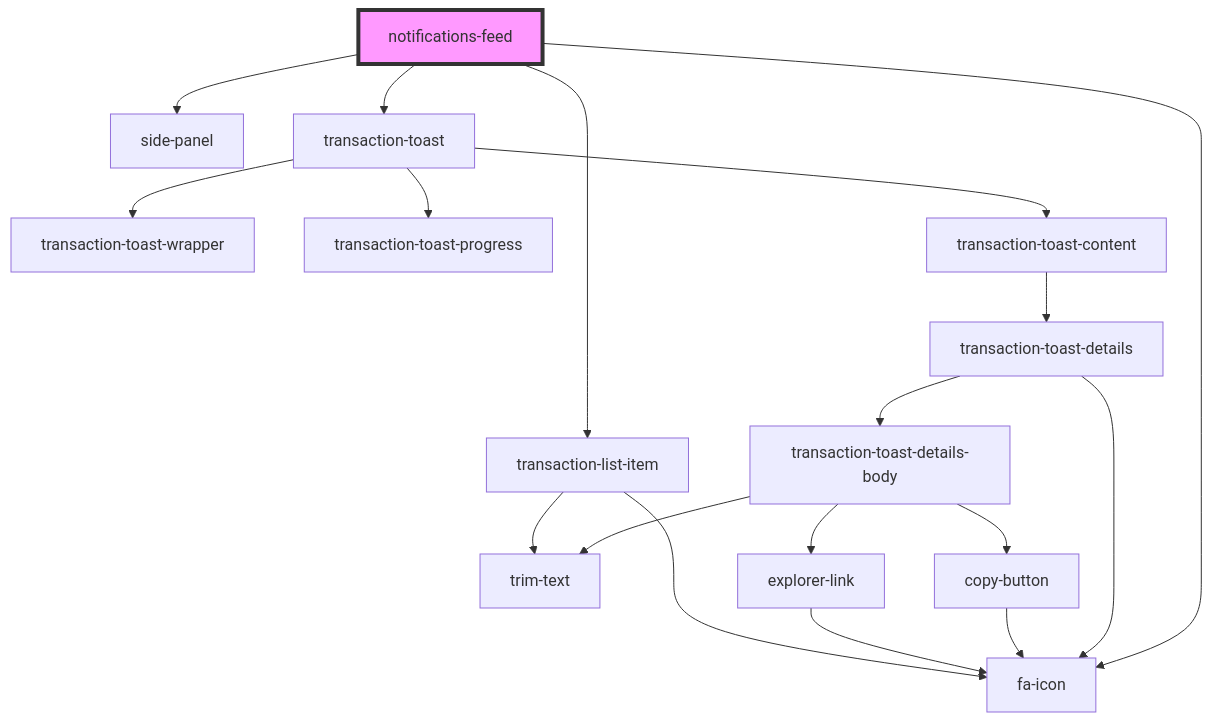
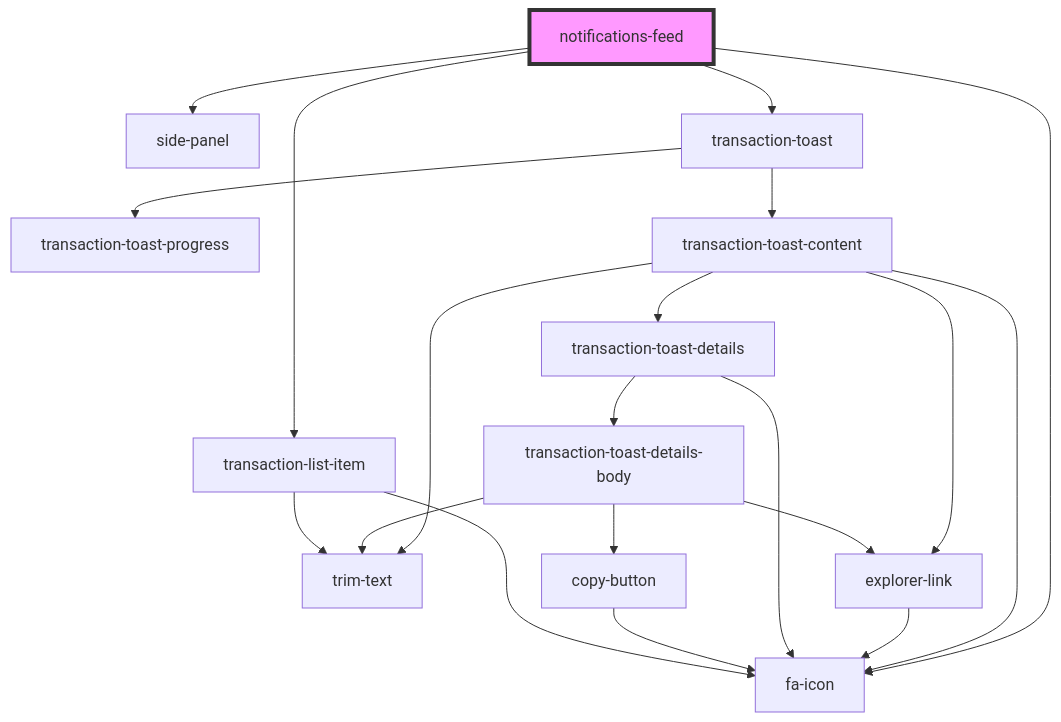
The diagram in src/components/functional/notifications-feed/readme.md (multiversx/mx-sdk-dapp-ui), drawn with Mermaid before and after one commit. The commit also changed 62 other files, not shown here.

````diff
--- a/src/components/functional/notifications-feed/readme.md
+++ b/src/components/functional/notifications-feed/readme.md
@@ -31,21 +31,23 @@
 ```mermaid
 graph TD;
   notifications-feed --> side-panel
   notifications-feed --> fa-icon
   notifications-feed --> transaction-toast
   notifications-feed --> transaction-list-item
-  transaction-toast --> transaction-toast-wrapper
   transaction-toast --> transaction-toast-progress
   transaction-toast --> transaction-toast-content
+  transaction-toast-content --> fa-icon
+  transaction-toast-content --> trim-text
+  transaction-toast-content --> explorer-link
   transaction-toast-content --> transaction-toast-details
+  explorer-link --> fa-icon
   transaction-toast-details --> fa-icon
   transaction-toast-details --> transaction-toast-details-body
   transaction-toast-details-body --> trim-text
+  transaction-toast-details-body --> explorer-link
   transaction-toast-details-body --> copy-button
-  transaction-toast-details-body --> explorer-link
   copy-button --> fa-icon
-  explorer-link --> fa-icon
   transaction-list-item --> fa-icon
   transaction-list-item --> trim-text
   style notifications-feed fill:#f9f,stroke:#333,stroke-width:4px
 ```
````
